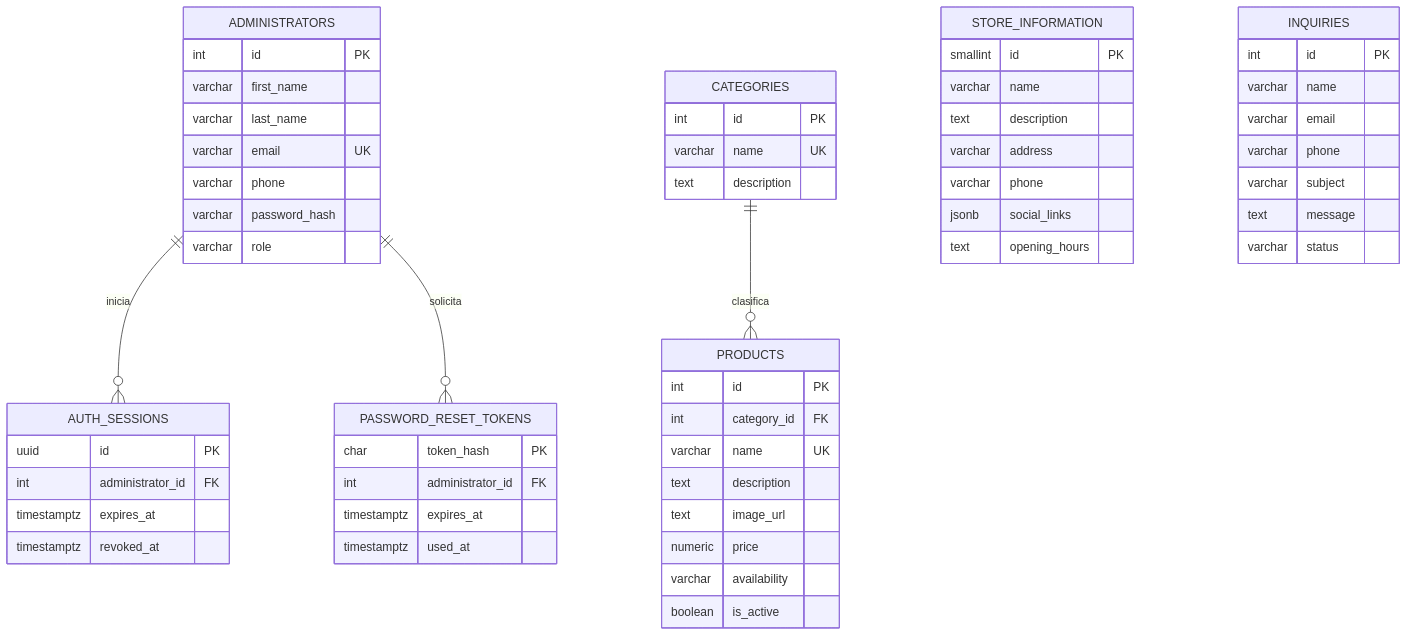
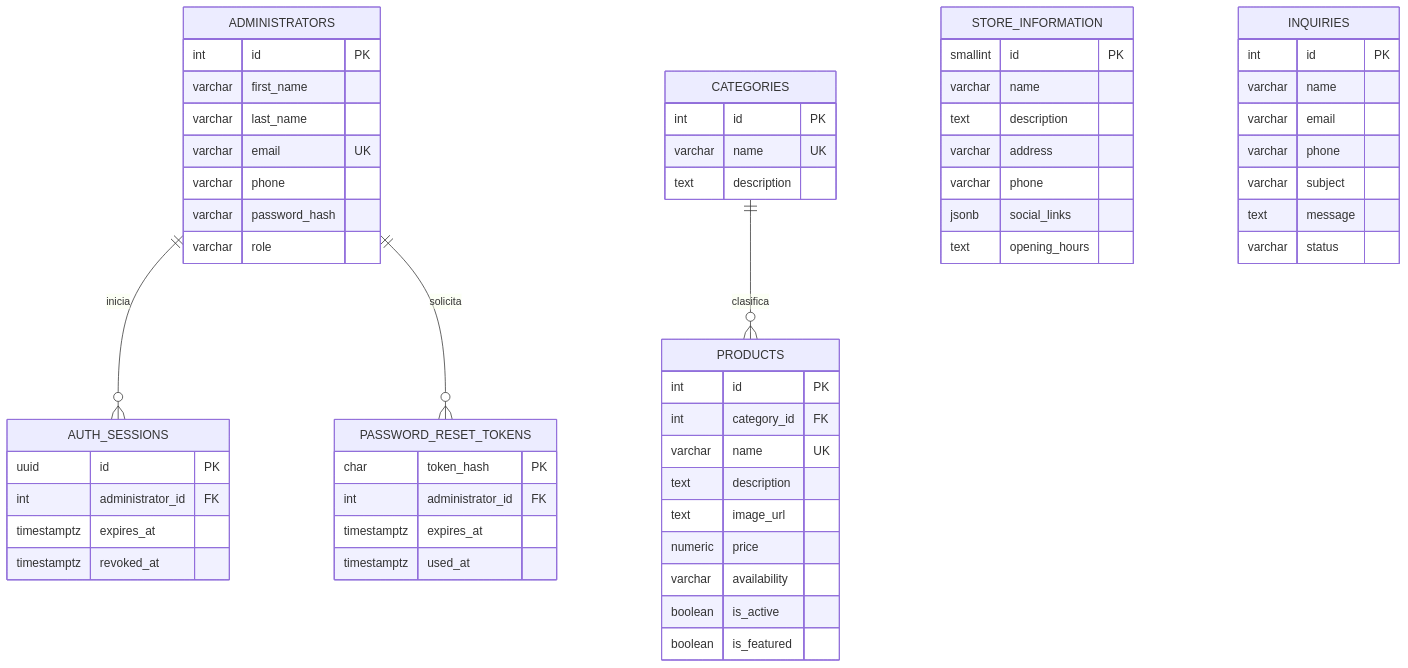
One commit to matiasalek/Aplicaciones-Interactivas-TPO changed the diagram in backend/docs/BASE_DE_DATOS.md. Above: the diagram before and after it, drawn with Mermaid. The commit also changed other lines of this file and 20 other files, not shown here.

````diff
--- a/backend/docs/BASE_DE_DATOS.md
+++ b/backend/docs/BASE_DE_DATOS.md
@@ -7,67 +7,68 @@
 ```mermaid
 erDiagram
   ADMINISTRATORS ||--o{ AUTH_SESSIONS : inicia
   ADMINISTRATORS ||--o{ PASSWORD_RESET_TOKENS : solicita
   CATEGORIES ||--o{ PRODUCTS : clasifica
 
   ADMINISTRATORS {
     int id PK
     varchar first_name
     varchar last_name
     varchar email UK
     varchar phone
     varchar password_hash
     varchar role
   }
 
   AUTH_SESSIONS {
     uuid id PK
     int administrator_id FK
     timestamptz expires_at
     timestamptz revoked_at
   }
 
   PASSWORD_RESET_TOKENS {
     char token_hash PK
     int administrator_id FK
     timestamptz expires_at
     timestamptz used_at
   }
 
   CATEGORIES {
     int id PK
     varchar name UK
     text description
   }
 
   PRODUCTS {
     int id PK
     int category_id FK
     varchar name UK
     text description
     text image_url
     numeric price
     varchar availability
     boolean is_active
+    boolean is_featured
   }
 
   STORE_INFORMATION {
     smallint id PK
     varchar name
     text description
     varchar address
     varchar phone
     jsonb social_links
     text opening_hours
   }
 
   INQUIRIES {
     int id PK
     varchar name
     varchar email
     varchar phone
     varchar subject
     text message
     varchar status
   }
 ```
````
